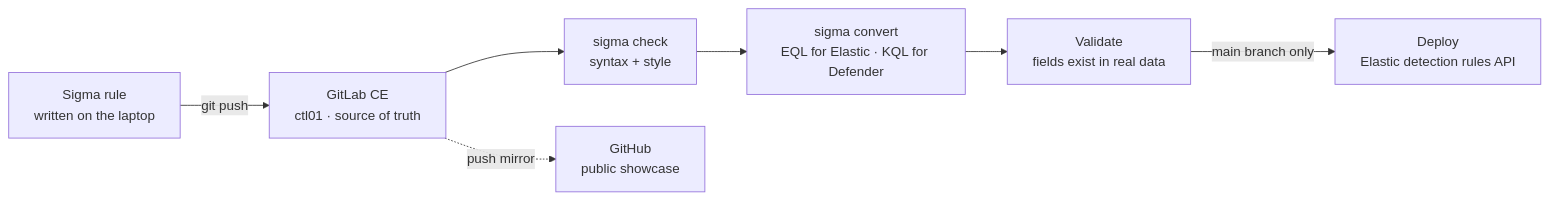
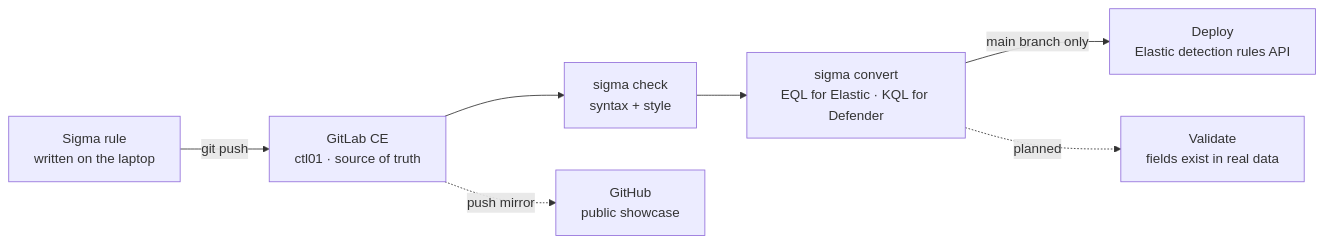
Before and after one commit to Elimartes15/detection-lab: the first of 2 diagrams in README.md, drawn with Mermaid. The commit also changed other lines of this file, not shown here.

Commit message:
README: pipeline now deploys; mark planned folders and validation stage

````diff
--- a/README.md
+++ b/README.md
@@ -19,9 +19,9 @@
 ```mermaid
 flowchart LR
     DEV["Sigma rule<br/>written on the laptop"] -->|git push| GL["GitLab CE<br/>ctl01 · source of truth"]
     GL --> LINT["sigma check<br/>syntax + style"]
     LINT --> CONV["sigma convert<br/>EQL for Elastic · KQL for Defender"]
-    CONV --> VAL["Validate<br/>fields exist in real data"]
-    VAL -->|main branch only| DEP["Deploy<br/>Elastic detection rules API"]
+    CONV -->|main branch only| DEP["Deploy<br/>Elastic detection rules API"]
+    CONV -.->|planned| VAL["Validate<br/>fields exist in real data"]
     GL -.->|push mirror| GH["GitHub<br/>public showcase"]
 ```
````
